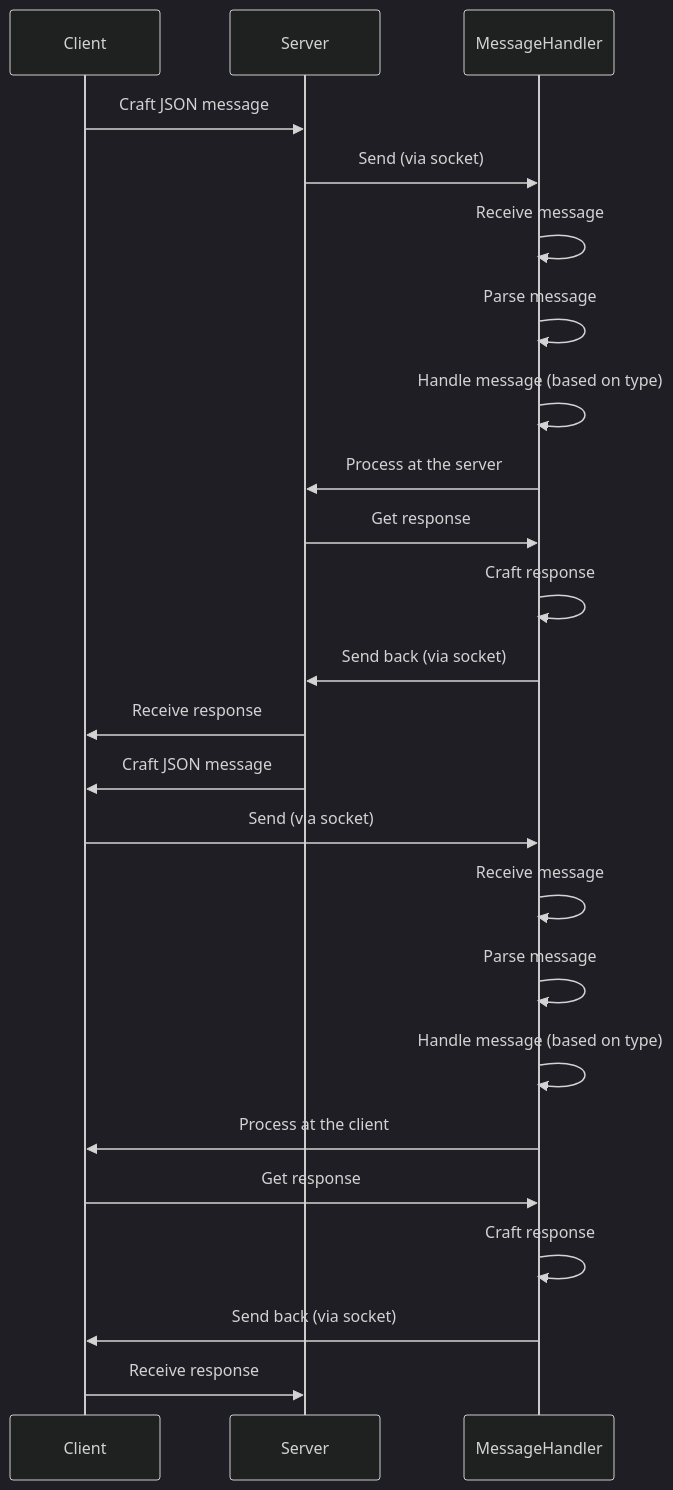
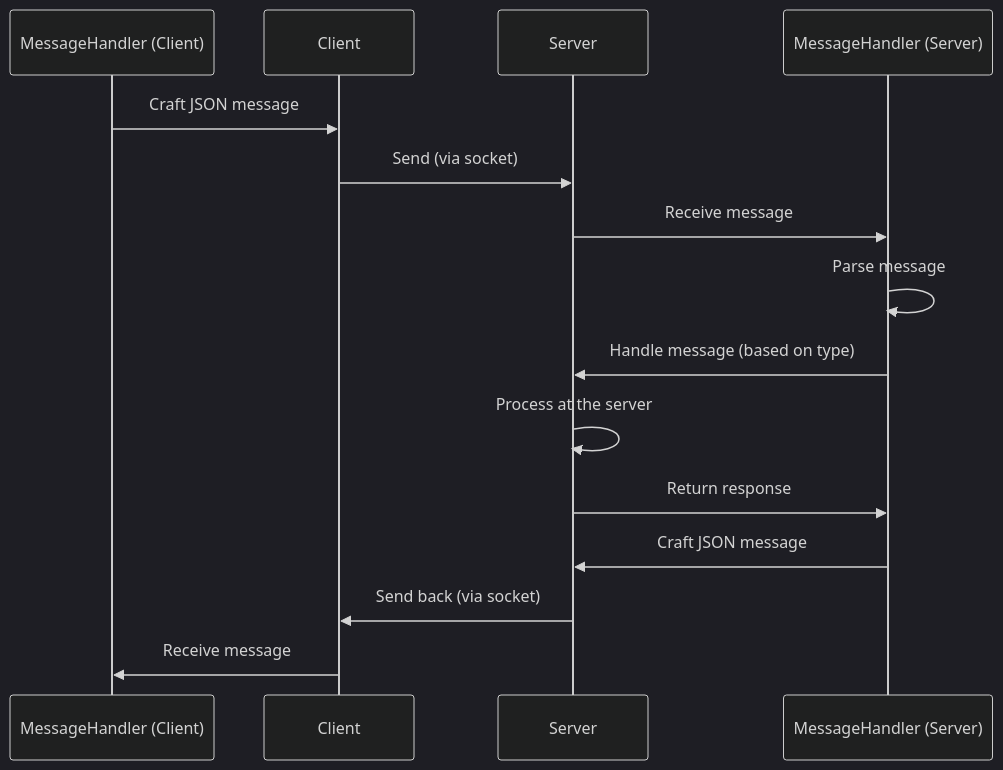
The diagram in README.md (tiuphun/rubik), drawn with Mermaid (dark theme) before and after one commit. The commit also changed other lines of this file, not shown here.

Commit message:
Modify diagram

````diff
--- a/README.md
+++ b/README.md
@@ -52,28 +52,18 @@
 ```mermaid
 sequenceDiagram
+    participant MessageHandler (Client)
     participant Client
     participant Server
-    participant MessageHandler
+    participant MessageHandler (Server)
 
-    Client->>Server: Craft JSON message
-    Server->>MessageHandler: Send (via socket)
-    MessageHandler->>MessageHandler: Receive message
-    MessageHandler->>MessageHandler: Parse message
-    MessageHandler->>MessageHandler: Handle message (based on type)
-    MessageHandler->>Server: Process at the server
-    Server->>MessageHandler: Get response
-    MessageHandler->>MessageHandler: Craft response
-    MessageHandler->>Server: Send back (via socket)
-    Server->>Client: Receive response
-
-    Server->>Client: Craft JSON message
-    Client->>MessageHandler: Send (via socket)
-    MessageHandler->>MessageHandler: Receive message
-    MessageHandler->>MessageHandler: Parse message
-    MessageHandler->>MessageHandler: Handle message (based on type)
-    MessageHandler->>Client: Process at the client
-    Client->>MessageHandler: Get response
-    MessageHandler->>MessageHandler: Craft response
-    MessageHandler->>Client: Send back (via socket)
-    Client->>Server: Receive response
+    MessageHandler (Client) ->> Client: Craft JSON message
+    Client->>Server: Send (via socket)
+    Server->>MessageHandler (Server): Receive message
+    MessageHandler (Server)->>MessageHandler (Server): Parse message
+    MessageHandler (Server)->>Server: Handle message (based on type)
+    Server->>Server: Process at the server
+    Server->>MessageHandler (Server): Return response
+    MessageHandler (Server)->>Server: Craft JSON message
+    Server->>Client: Send back (via socket)
+    Client->>MessageHandler (Client): Receive message
 ```
````
